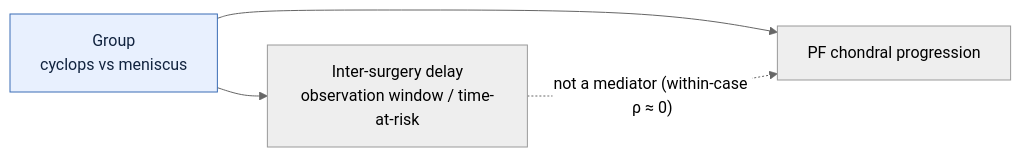
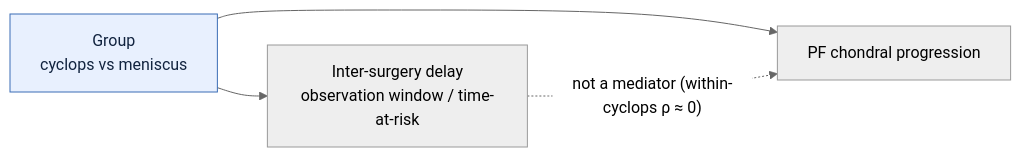
The seventh of 7 diagrams in paper/manuscript.md (TomSOhm/cyclops_lesion_statistics), drawn with Mermaid (neutral theme) before and after one commit. The commit also changed other lines of this file and 37 other files, not shown here.

````diff
--- a/paper/manuscript.md
+++ b/paper/manuscript.md
@@ -234,8 +234,8 @@
 ```mermaid
 flowchart LR
     G["Group<br/>cyclops vs meniscus"] --> DELAY["Inter-surgery delay<br/>observation window / time-at-risk"]
     G --> PFP["PF chondral progression"]
-    DELAY -.->|"not a mediator (within-case ρ ≈ 0)"| PFP
+    DELAY -.->|"not a mediator (within-cyclops ρ ≈ 0)"| PFP
     classDef g fill:#e8f0fe,stroke:#3b6db5,color:#11233f;
     class G g;
 ```
````
